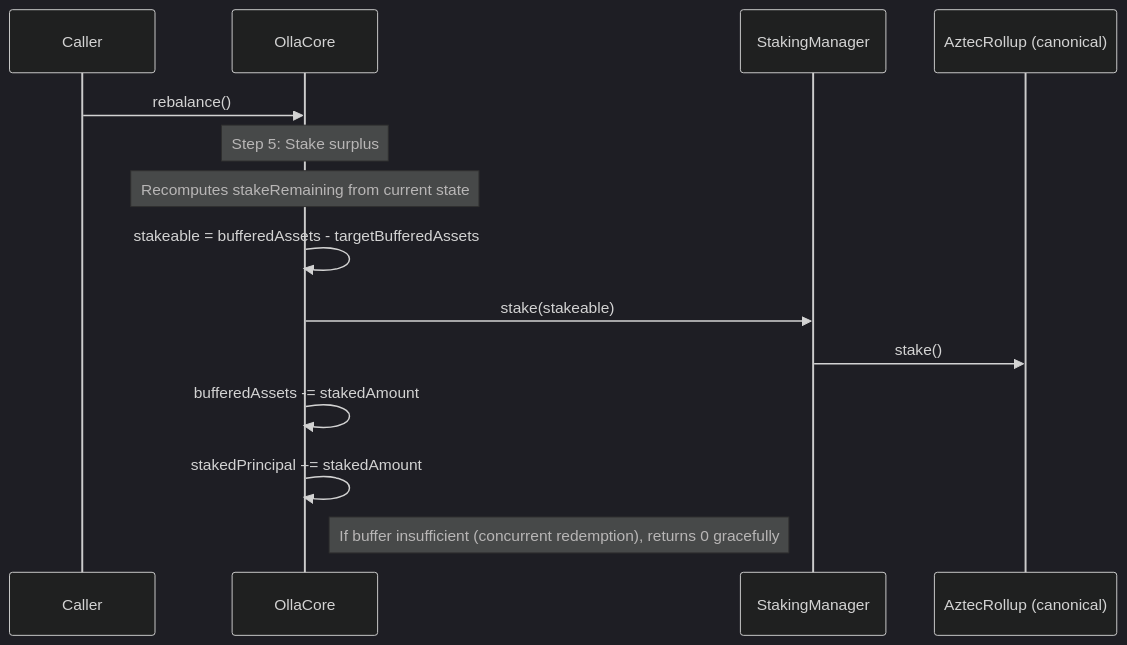
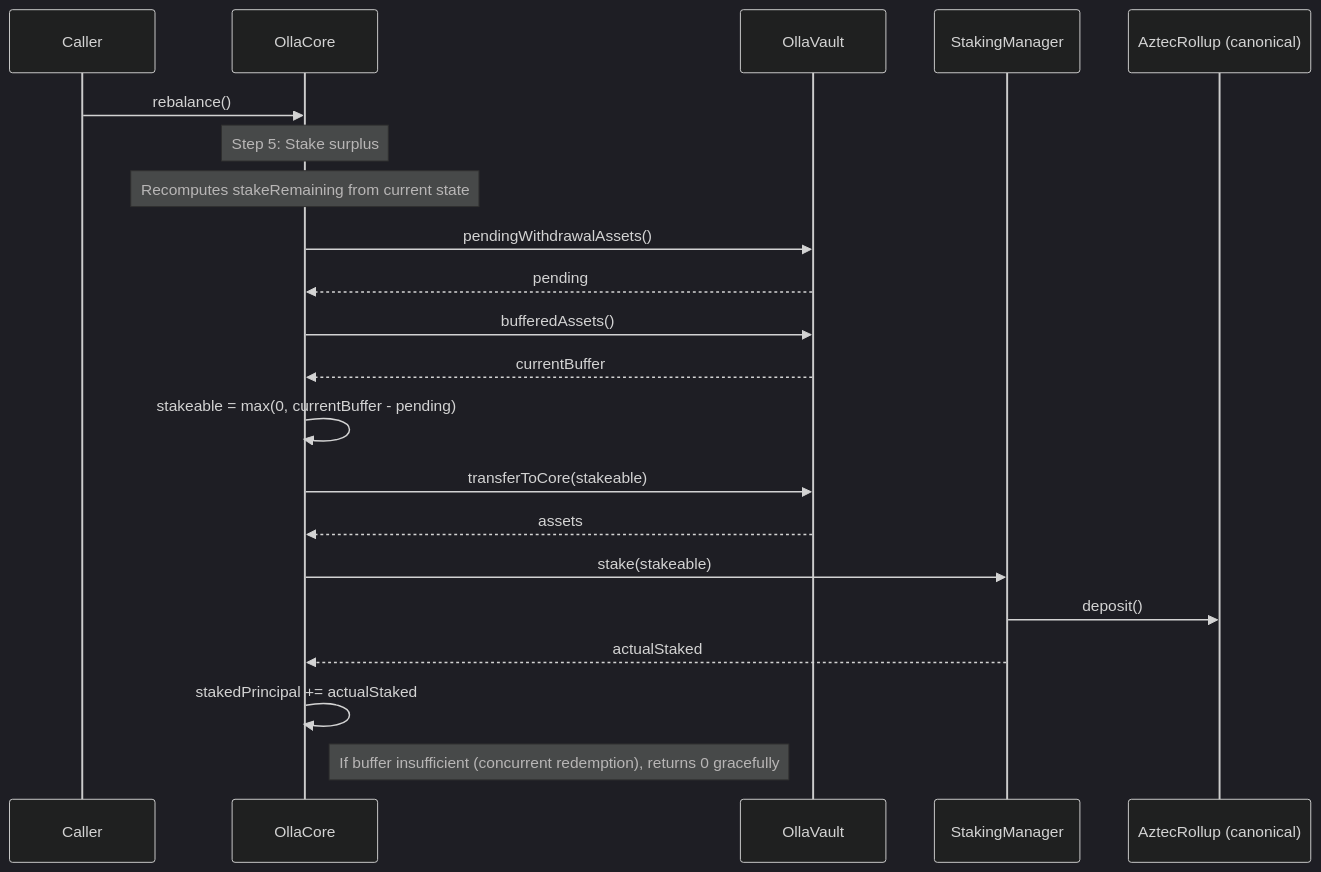
Before and after one commit to ollafinance/core: the seventh of 10 diagrams in docs/architecture/operator-actions.md, drawn with Mermaid (dark theme). The commit also changed other lines of this file and 180 other files, not shown here.

````diff
--- a/docs/architecture/operator-actions.md
+++ b/docs/architecture/operator-actions.md
@@ -166,17 +175,24 @@
 ```mermaid
 sequenceDiagram
     participant A as Caller
     participant C as OllaCore
+    participant V as OllaVault
     participant SM as StakingManager
     participant AR as AztecRollup (canonical)
 
     A->>C: rebalance()
     Note over C: Step 5: Stake surplus
     Note over C: Recomputes stakeRemaining from current state
-    C->>C: stakeable = bufferedAssets - targetBufferedAssets
+    C->>V: pendingWithdrawalAssets()
+    V-->>C: pending
+    C->>V: bufferedAssets()
+    V-->>C: currentBuffer
+    C->>C: stakeable = max(0, currentBuffer - pending)
+    C->>V: transferToCore(stakeable)
+    V-->>C: assets
     C->>SM: stake(stakeable)
-    SM->>AR: stake()
-    C->>C: bufferedAssets -= stakedAmount
-    C->>C: stakedPrincipal += stakedAmount
+    SM->>AR: deposit()
+    SM-->>C: actualStaked
+    C->>C: stakedPrincipal += actualStaked
     Note right of C: If buffer insufficient (concurrent redemption), returns 0 gracefully
 ```
````
